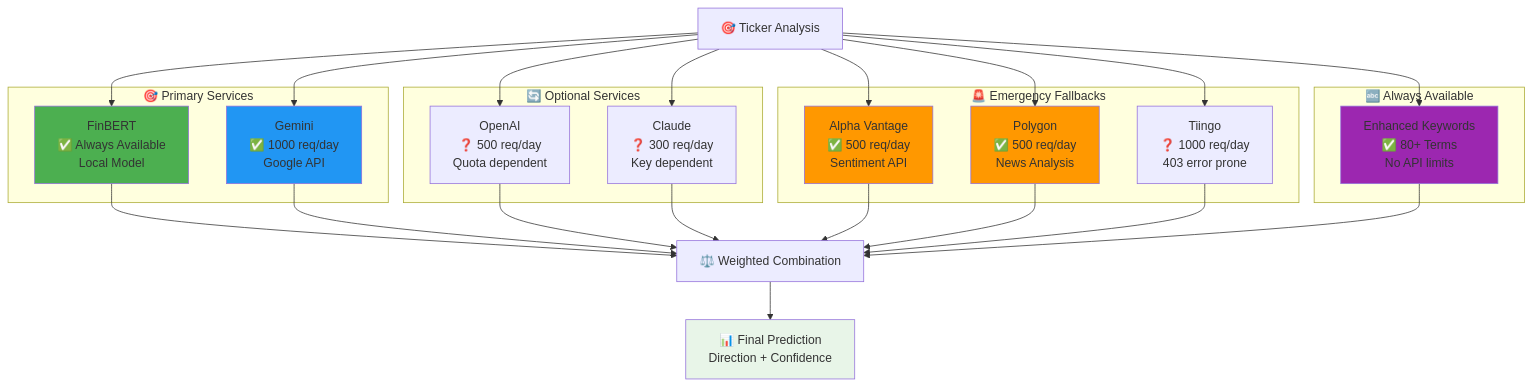
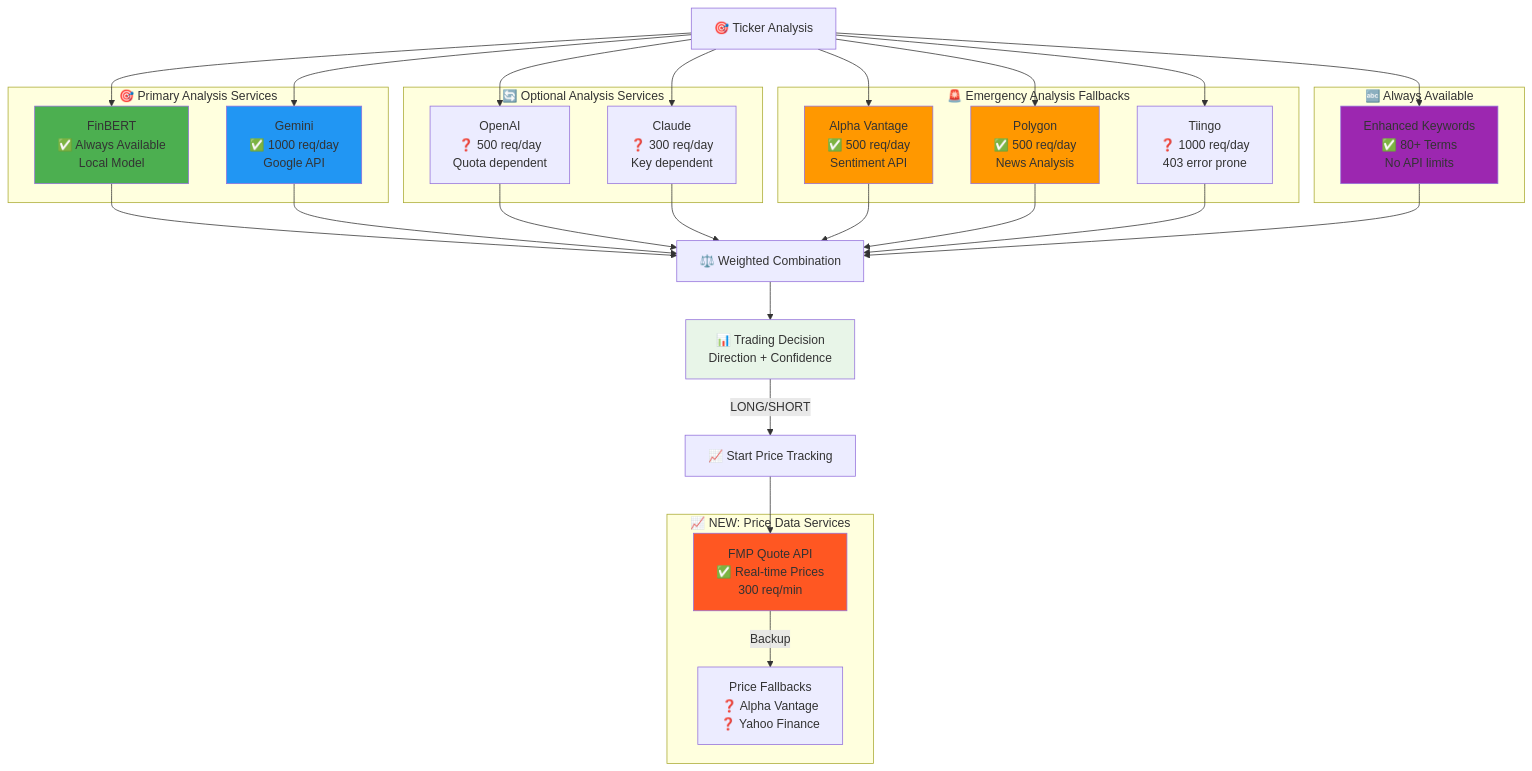
One commit to jaygasi/news_analyzer changed the eighth of 11 diagrams in news_cruncher/README.md. Above: the diagram before and after it, drawn with Mermaid. The commit also changed other lines of this file and 7 other files, not shown here.

````diff
--- a/news_cruncher/README.md
+++ b/news_cruncher/README.md
@@ -231,49 +349,59 @@
 ```mermaid
 graph TD
-    subgraph "🎯 Primary Services"
+    subgraph "🎯 Primary Analysis Services"
         FB[FinBERT<br/>✅ Always Available<br/>Local Model]
         GM[Gemini<br/>✅ 1000 req/day<br/>Google API]
     end
     
-    subgraph "🔄 Optional Services"
+    subgraph "🔄 Optional Analysis Services"
         OAI[OpenAI<br/>❓ 500 req/day<br/>Quota dependent]
         CL[Claude<br/>❓ 300 req/day<br/>Key dependent]
     end
     
-    subgraph "🚨 Emergency Fallbacks"
+    subgraph "🚨 Emergency Analysis Fallbacks"
         AV[Alpha Vantage<br/>✅ 500 req/day<br/>Sentiment API]
         PG[Polygon<br/>✅ 500 req/day<br/>News Analysis]
         TG[Tiingo<br/>❓ 1000 req/day<br/>403 error prone]
     end
     
     subgraph "🔤 Always Available"
         KW[Enhanced Keywords<br/>✅ 80+ Terms<br/>No API limits]
+    end
+    
+    subgraph "📈 NEW: Price Data Services"
+        FMP_Quote[FMP Quote API<br/>✅ Real-time Prices<br/>300 req/min]
+        PriceBackup[Price Fallbacks<br/>❓ Alpha Vantage<br/>❓ Yahoo Finance]
     end
     
     Start[🎯 Ticker Analysis] --> FB
     Start --> GM
     Start --> OAI
     Start --> CL
     Start --> AV
     Start --> PG
     Start --> TG
     Start --> KW
     
     FB --> Combine[⚖️ Weighted Combination]
     GM --> Combine
     OAI --> Combine
     CL --> Combine
     AV --> Combine
     PG --> Combine
     TG --> Combine
     KW --> Combine
     
-    Combine --> Result[📊 Final Prediction<br/>Direction + Confidence]
+    Combine --> Decision[📊 Trading Decision<br/>Direction + Confidence]
+    
+    Decision -->|LONG/SHORT| PriceTrack[📈 Start Price Tracking]
+    PriceTrack --> FMP_Quote
+    FMP_Quote -->|Backup| PriceBackup
     
     style FB fill:#4caf50
     style GM fill:#2196f3
     style AV fill:#ff9800
     style PG fill:#ff9800
     style KW fill:#9c27b0
-    style Result fill:#e8f5e8
+    style FMP_Quote fill:#ff5722
+    style Decision fill:#e8f5e8
 ```
````
